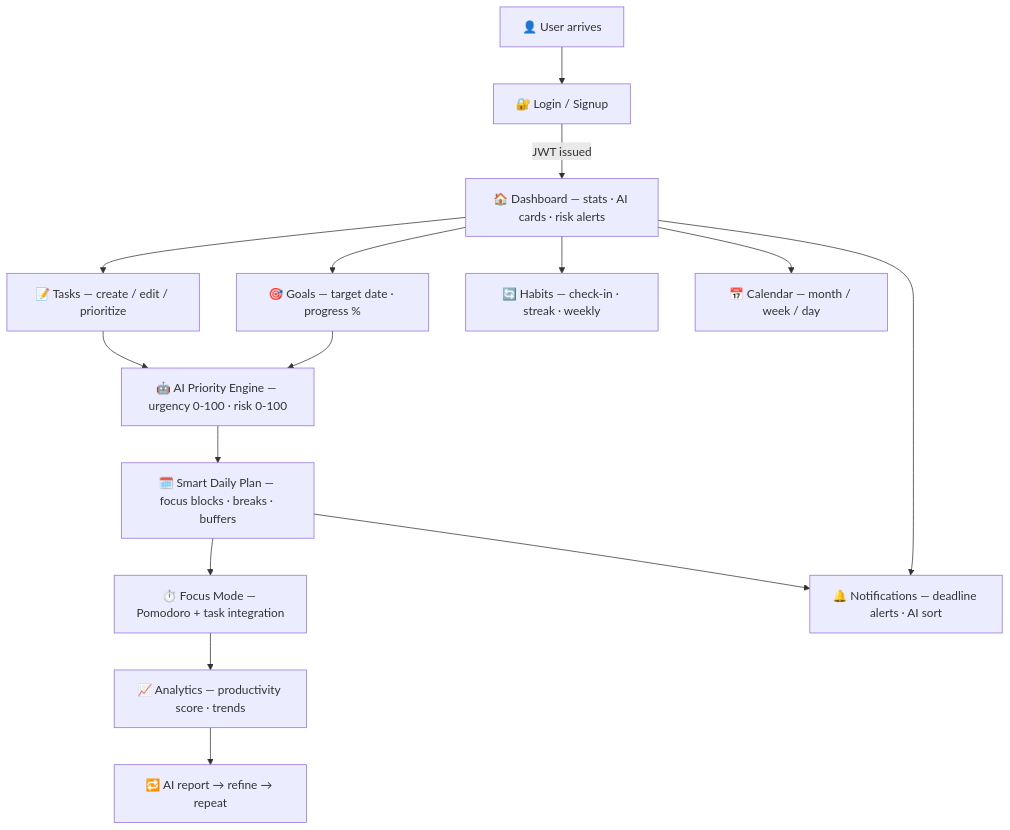
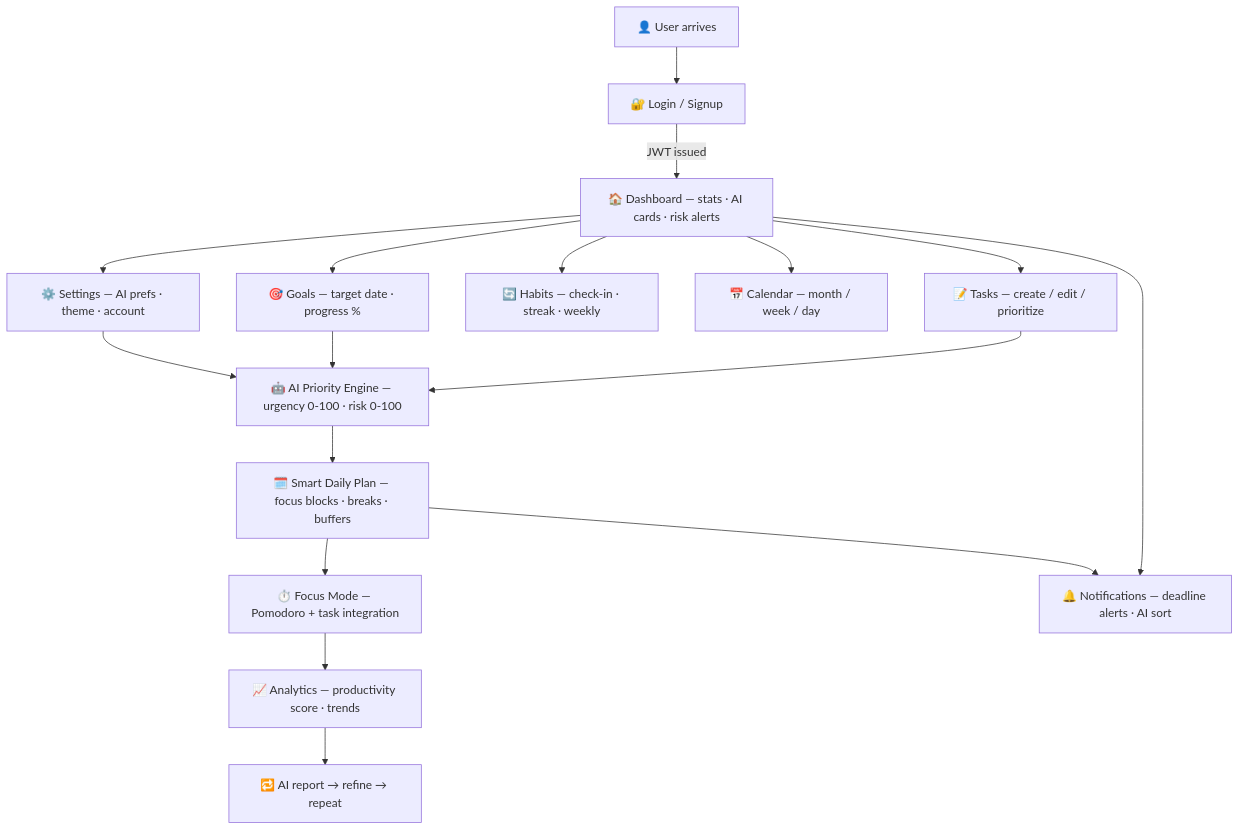
Before and after one commit to Shubham-997800/FlowSyncAi: the third of 8 diagrams in README.md, drawn with Mermaid. The commit also changed other lines of this file and 2 other files, not shown here.

````diff
--- a/README.md
+++ b/README.md
@@ -295,21 +300,23 @@
 ```mermaid
 flowchart TD
     U["👤 User arrives"] --> AUTH["🔐 Login / Signup"]
     AUTH -- "JWT issued" --> DASH["🏠 Dashboard — stats · AI cards · risk alerts"]
 
     DASH --> TASKS["📝 Tasks — create / edit / prioritize"]
     DASH --> GOALS["🎯 Goals — target date · progress %"]
     DASH --> HABITS["🔄 Habits — check-in · streak · weekly"]
     DASH --> CAL["📅 Calendar — month / week / day"]
 
     TASKS --> AIENGINE["🤖 AI Priority Engine — urgency 0-100 · risk 0-100"]
     GOALS --> AIENGINE
     AIENGINE --> SCHEDULE["🗓️ Smart Daily Plan — focus blocks · breaks · buffers"]
 
     SCHEDULE --> FOCUS["⏱️ Focus Mode — Pomodoro + task integration"]
     FOCUS --> STATS["📈 Analytics — productivity score · trends"]
     STATS --> RECAP["🔁 AI report → refine → repeat"]
 
     DASH --> NOTIF["🔔 Notifications — deadline alerts · AI sort"]
     SCHEDULE --> NOTIF
+    DASH --> SET["⚙️ Settings — AI prefs · theme · account"]
+    SET --> AIENGINE
 ```
````
